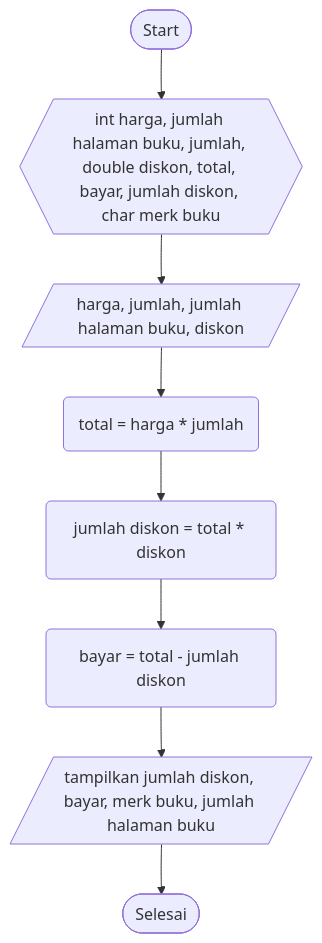
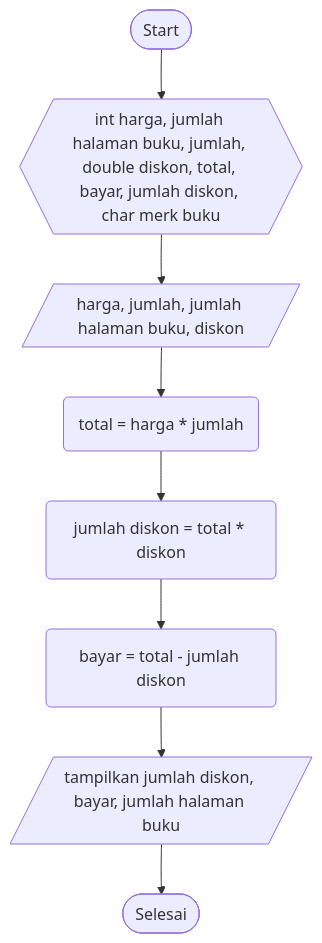
One commit to SATRIODIANNUGROHO/Sample2.1 changed the diagram in justforfun3.md. Above: the diagram before and after it, drawn with Mermaid.

````diff
--- a/justforfun3.md
+++ b/justforfun3.md
@@ -3,10 +3,10 @@
 ```mermaid
 graph TD;
     A([Start])-->B{{int harga, jumlah halaman buku, jumlah, double diskon, total, bayar, jumlah diskon, char merk buku}};
     B{{int harga, jumlah halaman buku, jumlah, double diskon, total, bayar, jumlah diskon, char merk buku}}-->C[/harga, jumlah, jumlah halaman buku, diskon/];
     C[/harga, jumlah, jumlah halaman buku, diskon/]-->D(total = harga * jumlah);
     D(total = harga * jumlah)-->E(jumlah diskon = total * diskon);
     E(jumlah diskon = total * diskon)-->F(bayar = total - jumlah diskon);
-    F(bayar = total - jumlah diskon)-->G[/tampilkan jumlah diskon, bayar, merk buku, jumlah halaman buku/];
-    G[/tampilkan jumlah diskon, bayar, merk buku, jumlah halaman buku/]-->H([Selesai]);
+    F(bayar = total - jumlah diskon)-->G[/tampilkan jumlah diskon, bayar, jumlah halaman buku/];
+    G[/tampilkan jumlah diskon, bayar, jumlah halaman buku/]-->H([Selesai]);
 ```
````
